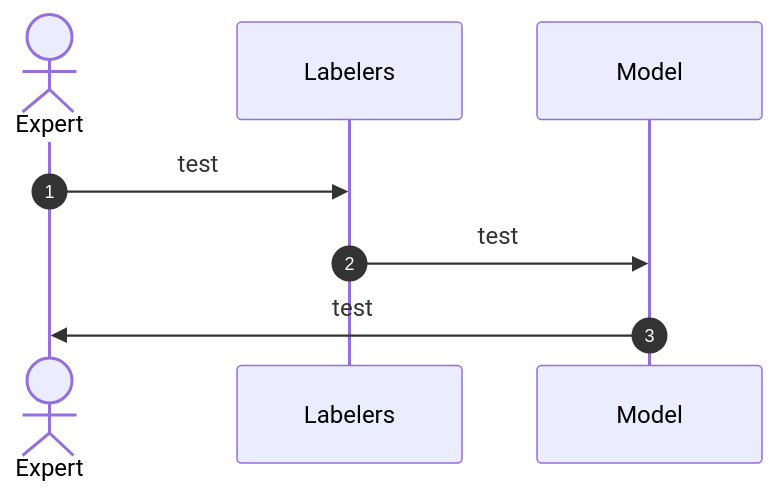
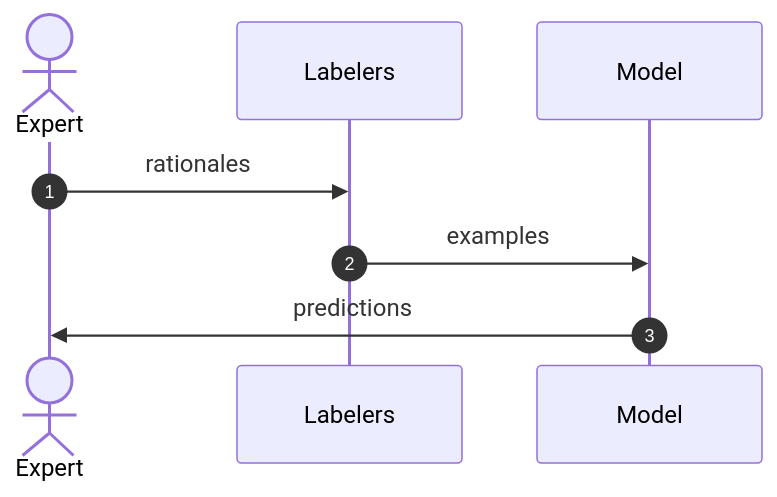
The first of 3 diagrams in tune_llms/README.md (borisdev/research), drawn with Mermaid before and after one commit.

````diff
--- a/tune_llms/README.md
+++ b/tune_llms/README.md
@@ -29,10 +29,10 @@
 ```mermaid
 sequenceDiagram
     autonumber
     actor E as Expert
     participant L as Labelers
     participant M as Model
-    E->>L: test
-    L->>M: test
-    M->>E: test
+    E->>L: rationales
+    L->>M: examples
+    M->>E: predictions
 ```
````
